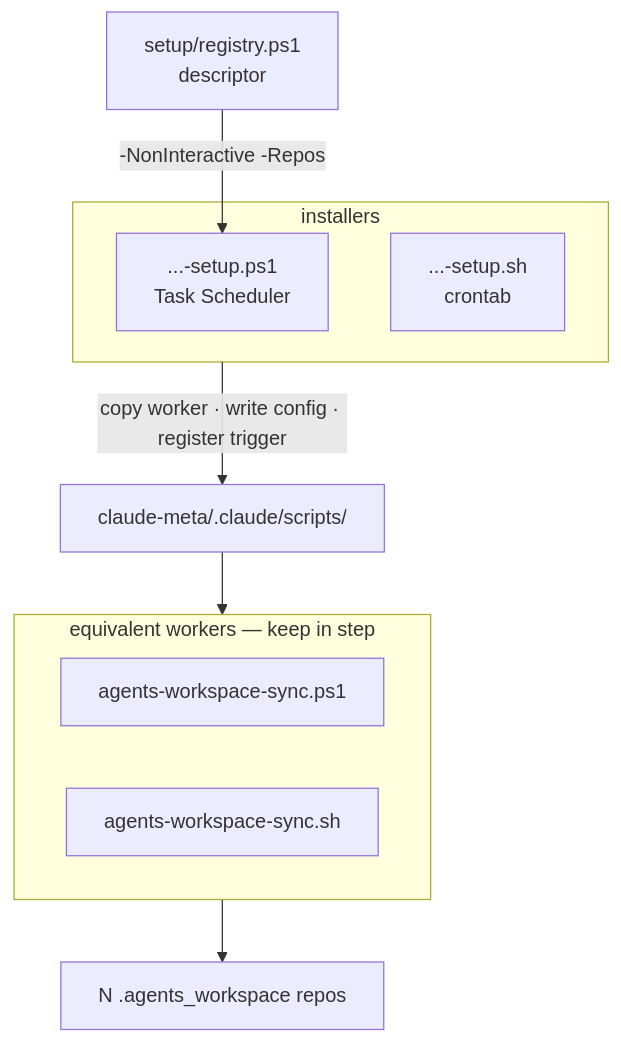
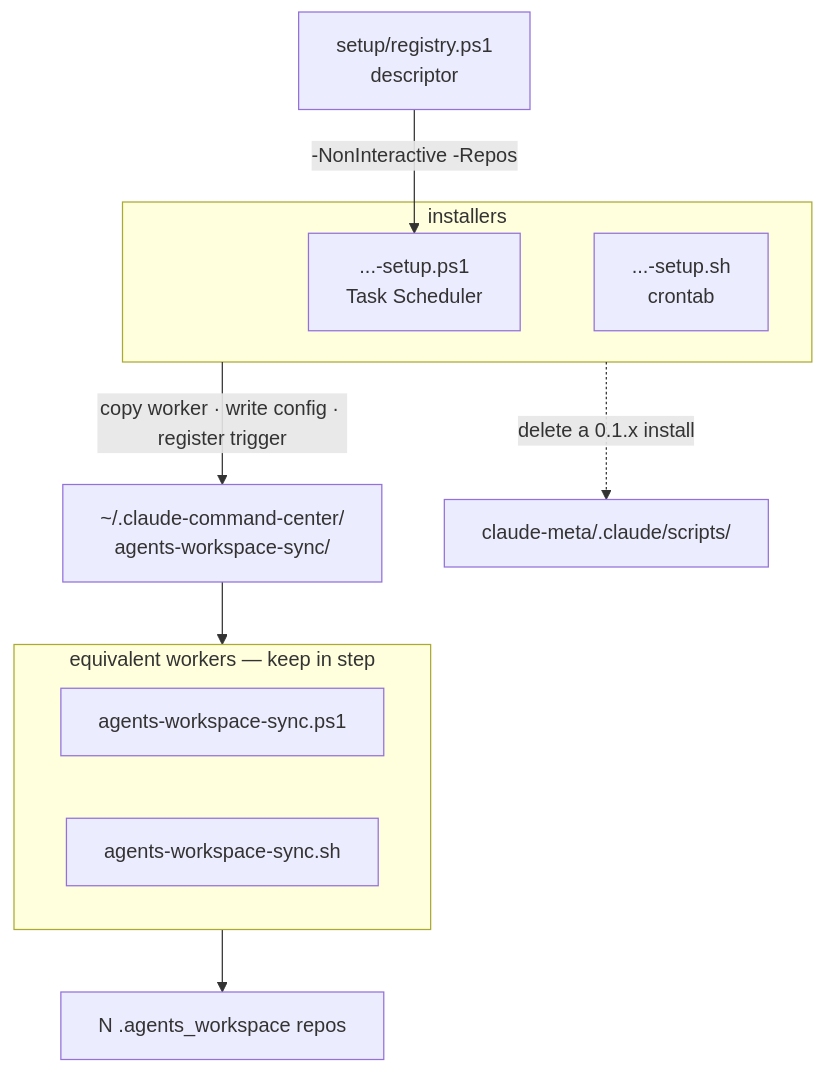
One commit to cheneeheng/claude-code-command-center changed the second of 3 diagrams in tools/agents-workspace-sync/product/ARCHITECTURE.md. Above: the diagram before and after it, drawn with Mermaid. The commit also changed other lines of this file and 13 other files, not shown here.

First line of the commit message:
feat(agents-workspace-sync)!: install into ~/.claude-command-center

````diff
--- a/tools/agents-workspace-sync/product/ARCHITECTURE.md
+++ b/tools/agents-workspace-sync/product/ARCHITECTURE.md
@@ -29,15 +29,16 @@
 ```mermaid
 flowchart TD
     subgraph workers["equivalent workers — keep in step"]
         ps["agents-workspace-sync.ps1"]
         sh["agents-workspace-sync.sh"]
     end
     subgraph installers
         psi["...-setup.ps1<br/>Task Scheduler"]
         shi["...-setup.sh<br/>crontab"]
     end
     reg["setup/registry.ps1<br/>descriptor"] -->|"-NonInteractive -Repos"| psi
-    installers -->|"copy worker · write config · register trigger"| meta["claude-meta/.claude/scripts/"]
-    meta --> workers
+    installers -->|"copy worker · write config · register trigger"| home["~/.claude-command-center/<br/>agents-workspace-sync/"]
+    installers -.->|"delete a 0.1.x install"| old["claude-meta/.claude/scripts/"]
+    home --> workers
     workers --> repos["N .agents_workspace repos"]
 ```
````
